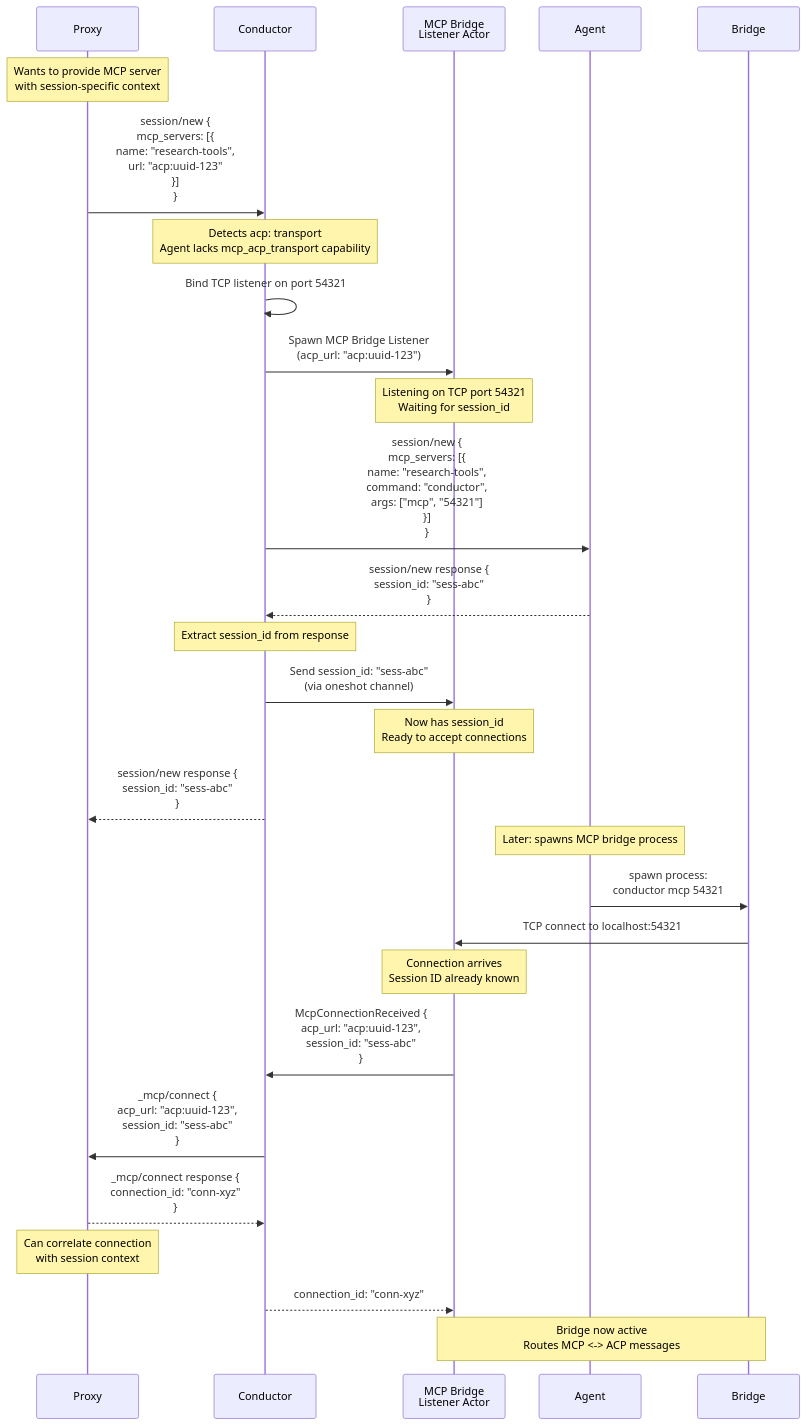
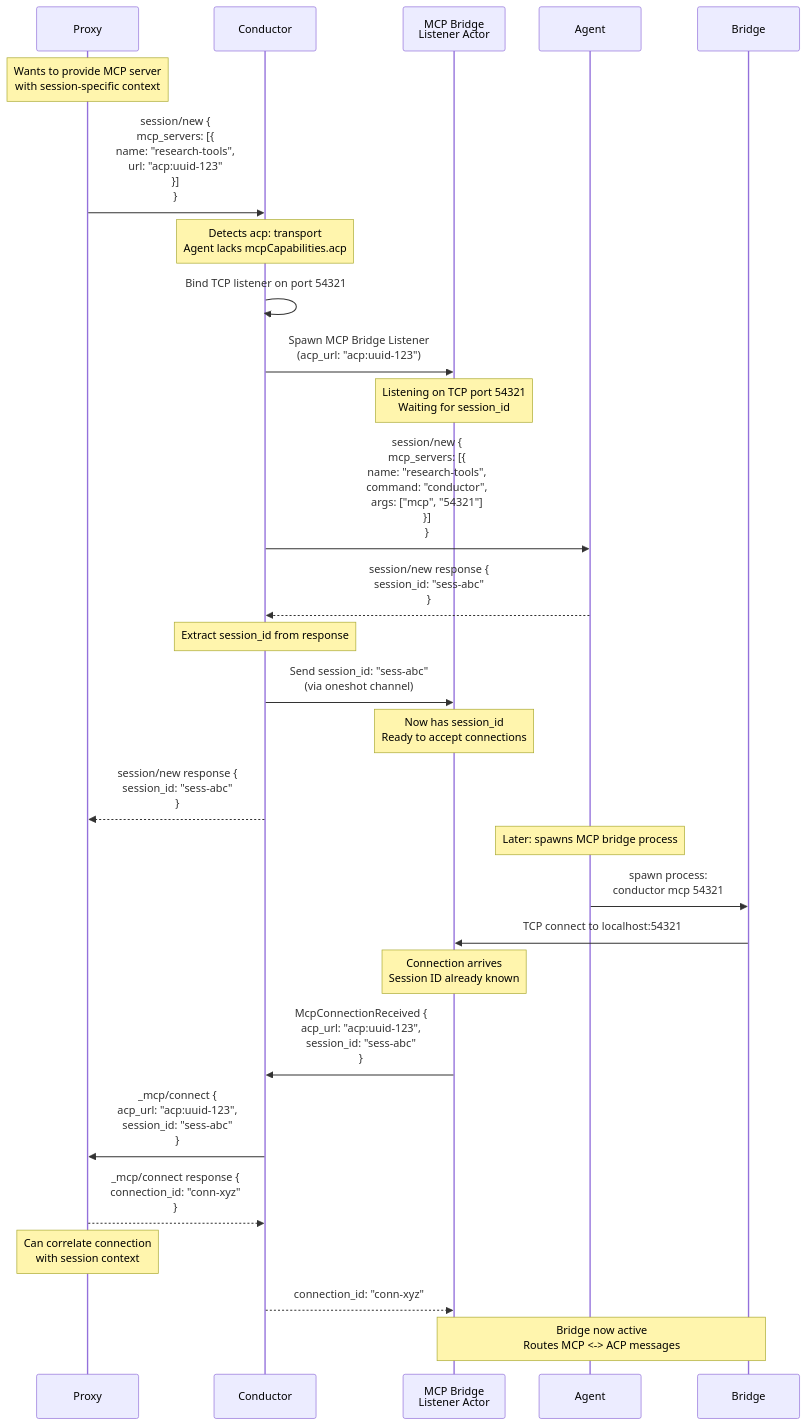
One commit to agentclientprotocol/rust-sdk changed the second of 6 diagrams in md/mcp-bridge.md. Above: the diagram before and after it, drawn with Mermaid. The commit also changed 41 other files, not shown here.

First line of the commit message:
feat: extract mcp-over-acp proxy (#146)

````diff
--- a/md/mcp-bridge.md
+++ b/md/mcp-bridge.md
@@ -45,51 +45,51 @@
 ```mermaid
 sequenceDiagram
     participant Proxy
     participant Conductor
     participant Listener as MCP Bridge<br/>Listener Actor
     participant Agent
 
     Note over Proxy: Wants to provide MCP server<br/>with session-specific context
 
     Proxy->>Conductor: session/new {<br/>  mcp_servers: [{<br/>    name: "research-tools",<br/>    url: "acp:uuid-123"<br/>  }]<br/>}
 
-    Note over Conductor: Detects acp: transport<br/>Agent lacks mcp_acp_transport capability
+    Note over Conductor: Detects acp: transport<br/>Agent lacks mcpCapabilities.acp
 
     Conductor->>Conductor: Bind TCP listener on port 54321
 
     Conductor->>Listener: Spawn MCP Bridge Listener<br/>(acp_url: "acp:uuid-123")
 
     Note over Listener: Listening on TCP port 54321<br/>Waiting for session_id
 
     Conductor->>Agent: session/new {<br/>  mcp_servers: [{<br/>    name: "research-tools",<br/>    command: "conductor",<br/>    args: ["mcp", "54321"]<br/>  }]<br/>}
 
     Agent-->>Conductor: session/new response {<br/>  session_id: "sess-abc"<br/>}
 
     Note over Conductor: Extract session_id from response
 
     Conductor->>Listener: Send session_id: "sess-abc"<br/>(via oneshot channel)
 
     Note over Listener: Now has session_id<br/>Ready to accept connections
 
     Conductor-->>Proxy: session/new response {<br/>  session_id: "sess-abc"<br/>}
 
     Note over Agent: Later: spawns MCP bridge process
 
     Agent->>Bridge: spawn process:<br/>conductor mcp 54321
 
     Bridge->>Listener: TCP connect to localhost:54321
 
     Note over Listener: Connection arrives<br/>Session ID already known
 
     Listener->>Conductor: McpConnectionReceived {<br/>  acp_url: "acp:uuid-123",<br/>  session_id: "sess-abc"<br/>}
 
     Conductor->>Proxy: _mcp/connect {<br/>  acp_url: "acp:uuid-123",<br/>  session_id: "sess-abc"<br/>}
 
     Proxy-->>Conductor: _mcp/connect response {<br/>  connection_id: "conn-xyz"<br/>}
 
     Note over Proxy: Can correlate connection<br/>with session context
 
     Conductor-->>Listener: connection_id: "conn-xyz"
 
     Note over Listener,Bridge: Bridge now active<br/>Routes MCP <-> ACP messages
 ```
````
